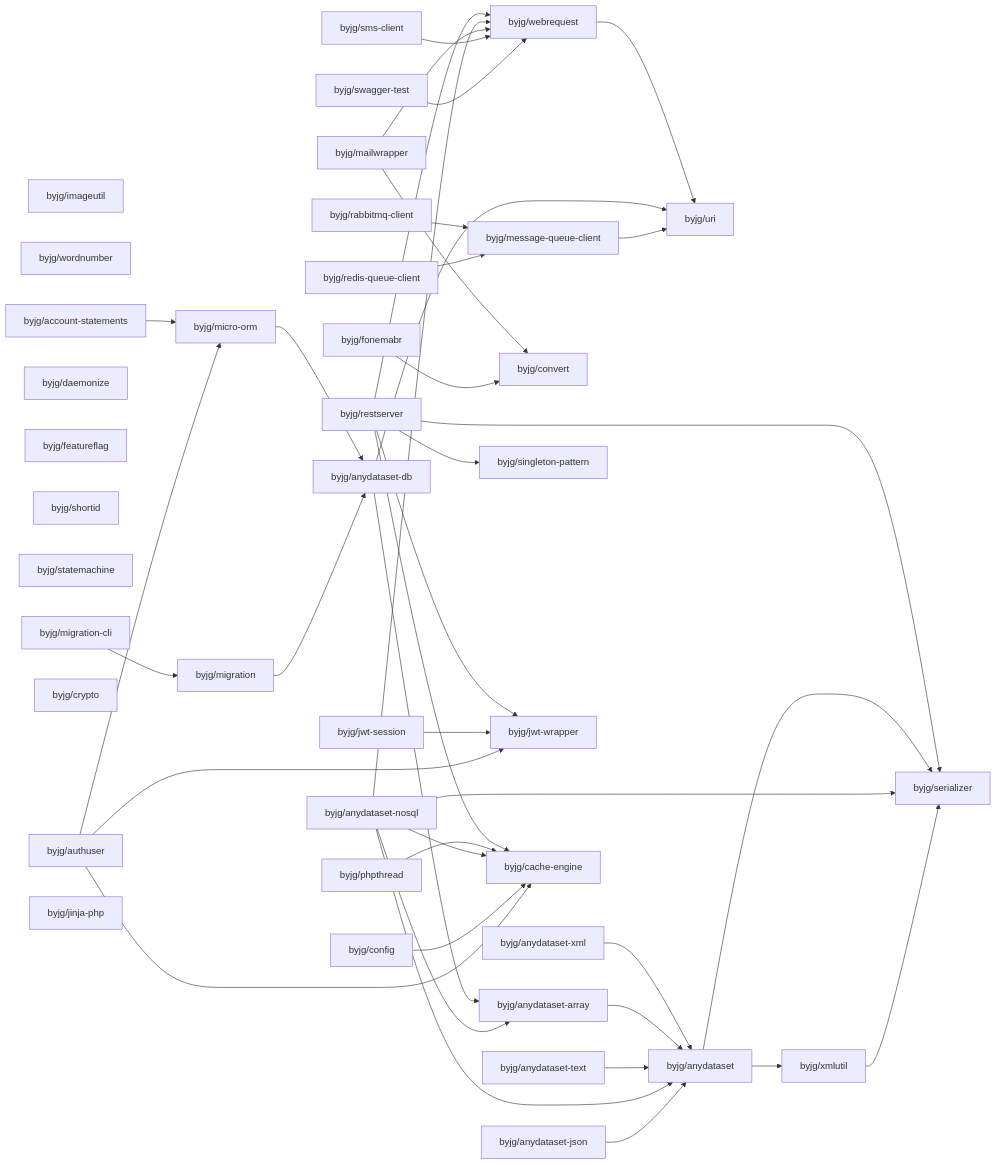
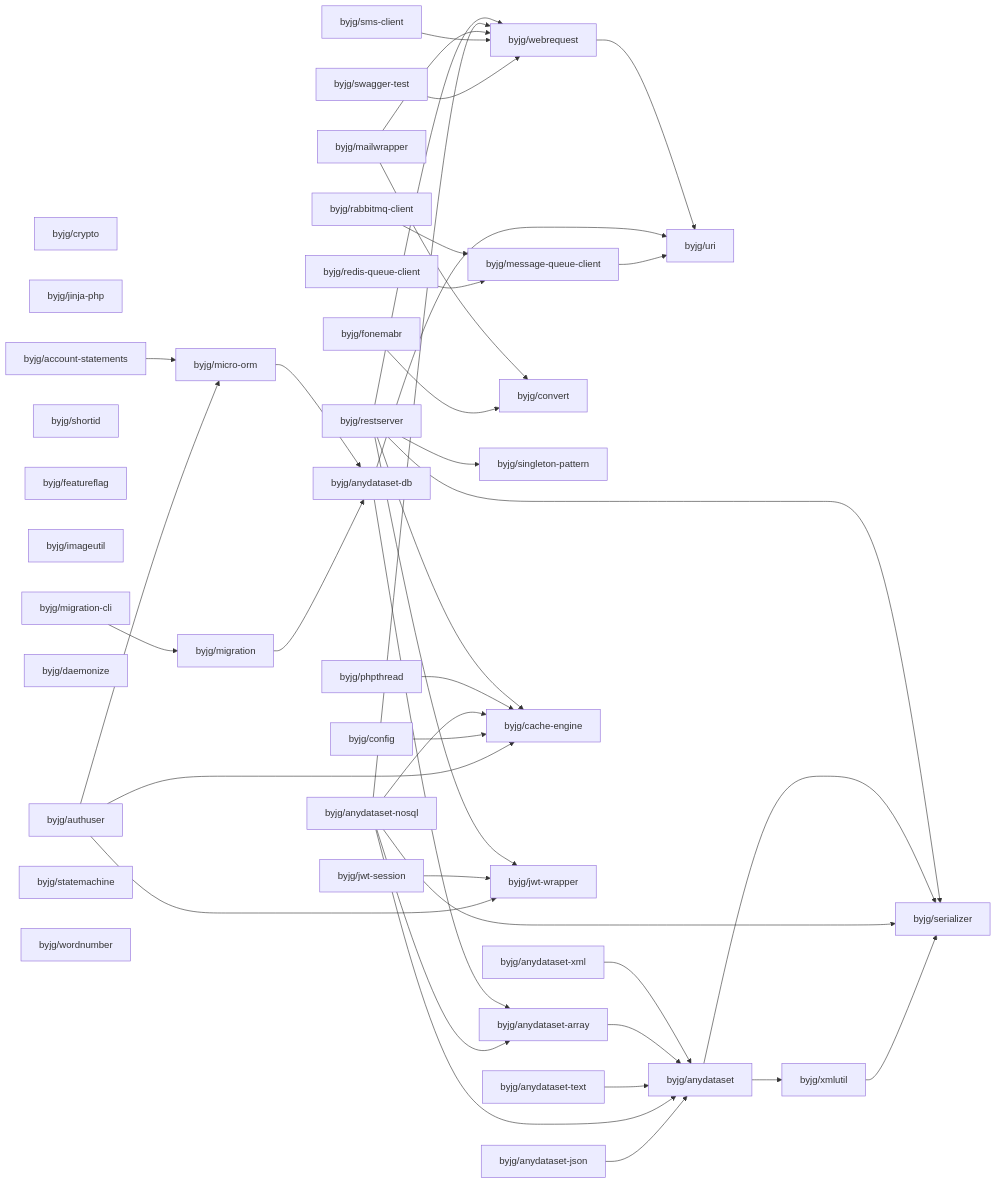
Before and after one commit to byjg/byjg.github.io: the diagram in docs/php/README.md, drawn with Mermaid. The commit also changed other lines of this file, not shown here.

Commit message:
Update documentation 'php' 'php-anydataset-db'

````diff
--- a/docs/php/README.md
+++ b/docs/php/README.md
@@ -3,80 +3,80 @@
 ```mermaid
 graph LR;
+  byjg/crypto;
+  byjg/jinja-php;
+  byjg/fonemabr;
+  byjg/mailwrapper;
+  byjg/account-statements;
+  byjg/shortid;
+  byjg/sms-client;
+  byjg/redis-queue-client;
+  byjg/phpthread;
+  byjg/anydataset-nosql;
+  byjg/config;
+  byjg/featureflag;
+  byjg/restserver;
+  byjg/rabbitmq-client;
+  byjg/jwt-session;
+  byjg/imageutil;
+  byjg/authuser;
+  byjg/daemonize;
   byjg/swagger-test;
-  byjg/sms-client;
-  byjg/imageutil;
-  byjg/fonemabr;
-  byjg/rabbitmq-client;
-  byjg/phpthread;
+  byjg/anydataset-json;
+  byjg/anydataset-text;
+  byjg/migration-cli;
+  byjg/statemachine;
   byjg/wordnumber;
-  byjg/migration-cli;
   byjg/anydataset-xml;
-  byjg/jwt-session;
-  byjg/daemonize;
-  byjg/featureflag;
-  byjg/mailwrapper;
-  byjg/anydataset-json;
-  byjg/shortid;
-  byjg/statemachine;
-  byjg/authuser;
-  byjg/anydataset-text;
-  byjg/crypto;
-  byjg/redis-queue-client;
-  byjg/account-statements;
-  byjg/restserver;
-  byjg/anydataset-nosql;
-  byjg/jinja-php;
-  byjg/config;
-  byjg/migration;
   byjg/convert;
+  byjg/singleton-pattern;
   byjg/message-queue-client;
   byjg/micro-orm;
-  byjg/singleton-pattern;
+  byjg/cache-engine;
   byjg/jwt-wrapper;
   byjg/webrequest;
-  byjg/cache-engine;
+  byjg/migration;
   byjg/anydataset-db;
   byjg/anydataset-array;
   byjg/uri;
   byjg/anydataset;
   byjg/xmlutil;
   byjg/serializer;
   byjg/migration --> byjg/anydataset-db;
   byjg/fonemabr --> byjg/convert;
   byjg/swagger-test --> byjg/webrequest;
   byjg/authuser --> byjg/micro-orm;
   byjg/authuser --> byjg/cache-engine;
   byjg/authuser --> byjg/jwt-wrapper;
   byjg/config --> byjg/cache-engine;
   byjg/message-queue-client --> byjg/uri;
   byjg/sms-client --> byjg/webrequest;
   byjg/xmlutil --> byjg/serializer;
   byjg/anydataset-json --> byjg/anydataset;
   byjg/mailwrapper --> byjg/convert;
   byjg/mailwrapper --> byjg/webrequest;
   byjg/anydataset-nosql --> byjg/anydataset;
   byjg/anydataset-nosql --> byjg/anydataset-array;
   byjg/anydataset-nosql --> byjg/serializer;
   byjg/anydataset-nosql --> byjg/webrequest;
   byjg/anydataset-nosql --> byjg/cache-engine;
   byjg/migration-cli --> byjg/migration;
   byjg/redis-queue-client --> byjg/message-queue-client;
   byjg/jwt-session --> byjg/jwt-wrapper;
   byjg/anydataset --> byjg/serializer;
   byjg/anydataset --> byjg/xmlutil;
   byjg/anydataset-db --> byjg/anydataset-array;
   byjg/anydataset-db --> byjg/uri;
   byjg/phpthread --> byjg/cache-engine;
   byjg/anydataset-text --> byjg/anydataset;
   byjg/restserver --> byjg/serializer;
   byjg/restserver --> byjg/singleton-pattern;
   byjg/restserver --> byjg/cache-engine;
   byjg/restserver --> byjg/webrequest;
   byjg/restserver --> byjg/jwt-wrapper;
   byjg/account-statements --> byjg/micro-orm;
   byjg/webrequest --> byjg/uri;
   byjg/micro-orm --> byjg/anydataset-db;
   byjg/anydataset-array --> byjg/anydataset;
   byjg/anydataset-xml --> byjg/anydataset;
   byjg/rabbitmq-client --> byjg/message-queue-client;
 ```
````
